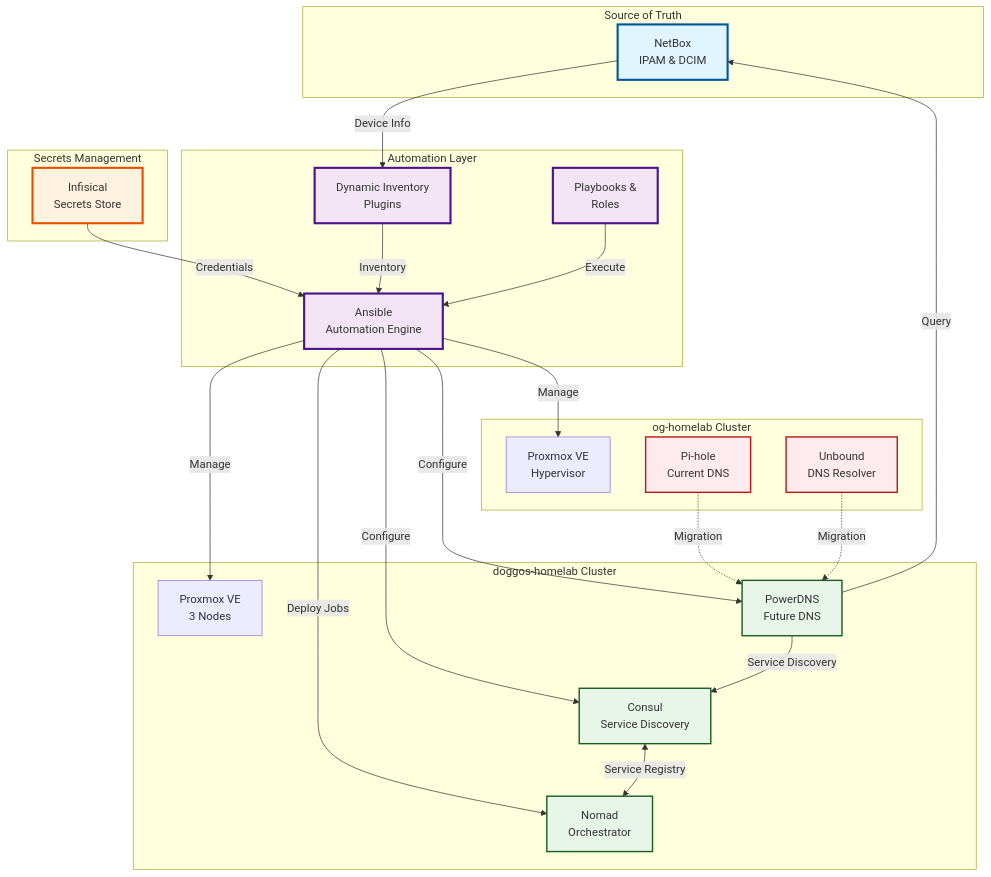
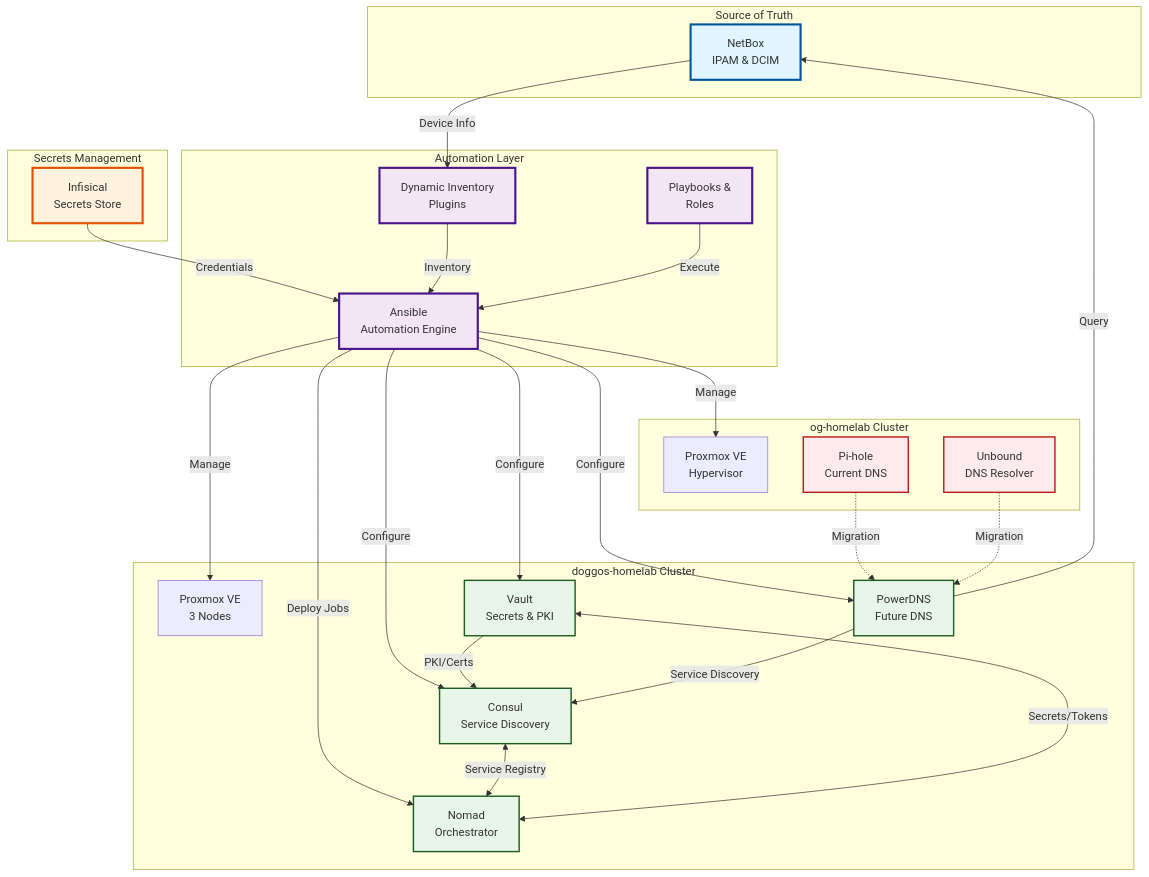
The diagram in docs/diagrams/architecture-overview.md (basher83/andromeda-orchestration), drawn with Mermaid before and after one commit. The commit also changed 4 other files, not shown here.

````diff
--- a/docs/diagrams/architecture-overview.md
+++ b/docs/diagrams/architecture-overview.md
@@ -5,64 +5,68 @@
 ```mermaid
 graph TB
     subgraph "Source of Truth"
         NetBox[NetBox<br/>IPAM & DCIM]
     end
 
     subgraph "Secrets Management"
         Infisical[Infisical<br/>Secrets Store]
     end
 
     subgraph "Automation Layer"
         Ansible[Ansible<br/>Automation Engine]
         AnsibleInv[Dynamic Inventory<br/>Plugins]
         AnsiblePlay[Playbooks &<br/>Roles]
     end
 
     subgraph "og-homelab Cluster"
         OGProxmox[Proxmox VE<br/>Hypervisor]
         OGPihole[Pi-hole<br/>Current DNS]
         OGUnbound[Unbound<br/>DNS Resolver]
     end
 
     subgraph "doggos-homelab Cluster"
         DogProxmox[Proxmox VE<br/>3 Nodes]
         Consul[Consul<br/>Service Discovery]
+        Vault[Vault<br/>Secrets & PKI]
         Nomad[Nomad<br/>Orchestrator]
         PowerDNS[PowerDNS<br/>Future DNS]
     end
 
     %% Data Flow
     NetBox -->|Device Info| AnsibleInv
     Infisical -->|Credentials| Ansible
     AnsibleInv -->|Inventory| Ansible
     AnsiblePlay -->|Execute| Ansible
 
     %% Management Connections
     Ansible -->|Manage| OGProxmox
     Ansible -->|Manage| DogProxmox
     Ansible -->|Configure| Consul
+    Ansible -->|Configure| Vault
     Ansible -->|Deploy Jobs| Nomad
     Ansible -->|Configure| PowerDNS
 
     %% Service Connections
     Consul <-->|Service Registry| Nomad
+    Vault <-->|Secrets/Tokens| Nomad
+    Vault -->|PKI/Certs| Consul
     PowerDNS -->|Query| NetBox
     PowerDNS -->|Service Discovery| Consul
 
     %% Migration Path
     OGPihole -.->|Migration| PowerDNS
     OGUnbound -.->|Migration| PowerDNS
 
     %% Styling
     classDef sourceOfTruth fill:#e1f5fe,stroke:#01579b,stroke-width:3px
     classDef secrets fill:#fff3e0,stroke:#e65100,stroke-width:3px
     classDef automation fill:#f3e5f5,stroke:#4a148c,stroke-width:3px
     classDef legacy fill:#ffebee,stroke:#b71c1c,stroke-width:2px
     classDef modern fill:#e8f5e9,stroke:#1b5e20,stroke-width:2px
 
     class NetBox sourceOfTruth
     class Infisical secrets
     class Ansible,AnsibleInv,AnsiblePlay automation
     class OGPihole,OGUnbound legacy
-    class PowerDNS,Consul,Nomad modern
+    class PowerDNS,Consul,Vault,Nomad modern
 ```
````
